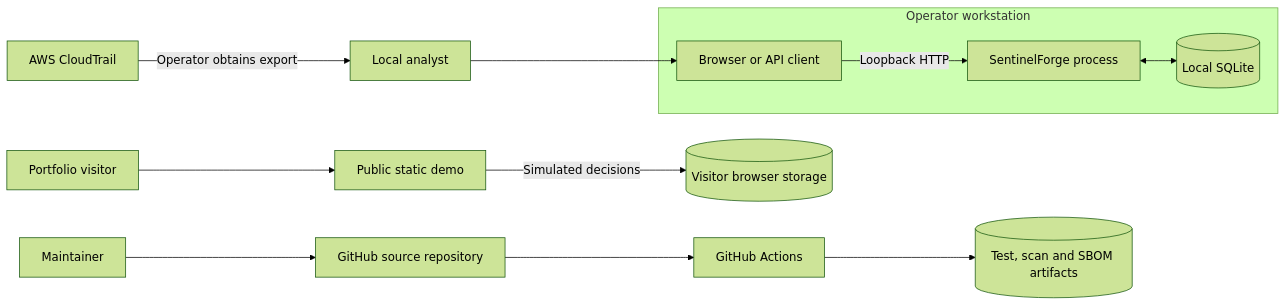
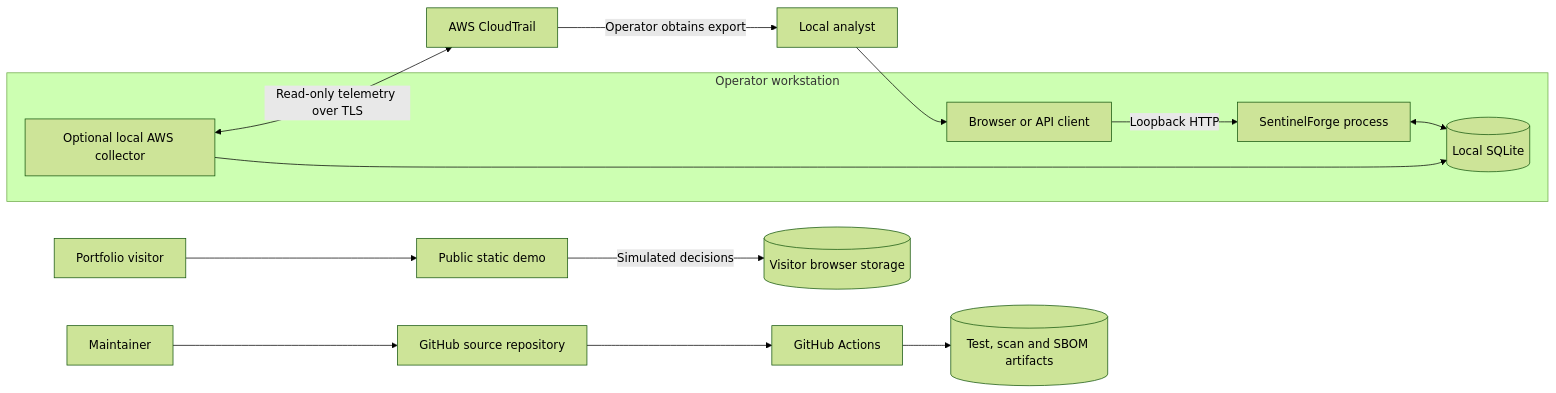
The diagram in docs/architecture/diagrams/system-context.md (Riswan11/RiswanIR), drawn with Mermaid (forest theme) before and after one commit. The commit also changed 40 other files, not shown here.

Commit message:
Add read-only AWS telemetry connectors

````diff
--- a/docs/architecture/diagrams/system-context.md
+++ b/docs/architecture/diagrams/system-context.md
@@ -3,14 +3,16 @@
 ```mermaid
 flowchart LR
     AWS["AWS CloudTrail"] -->|"Operator obtains export"| Analyst["Local analyst"]
     Analyst --> Browser["Browser or API client"]
     subgraph Host["Operator workstation"]
         Browser -->|"Loopback HTTP"| App["SentinelForge process"]
         App <--> DB[("Local SQLite")]
+        Collector["Optional local AWS collector"] --> DB
     end
+    Collector <-->|"Read-only telemetry over TLS"| AWS
     Visitor["Portfolio visitor"] --> Demo["Public static demo"]
     Demo -->|"Simulated decisions"| LocalStorage[("Visitor browser storage")]
     Maintainer["Maintainer"] --> Repo["GitHub source repository"]
     Repo --> CI["GitHub Actions"]
     CI --> Reports[("Test, scan and SBOM artifacts")]
 ```
````
